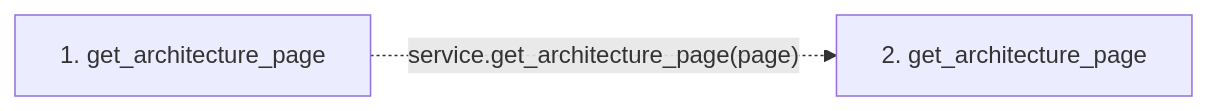
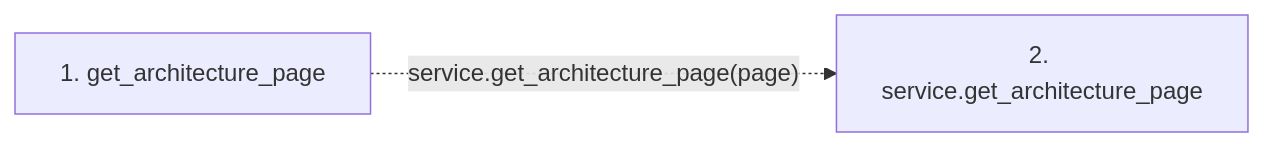
Before and after one commit to Denissvgn/python-wiki-llm: the second of 2 diagrams in docs/llm_wiki/flows/mcp-get_architecture_page.md, drawn with Mermaid. The commit also changed other lines of this file and 719 other files, not shown here.

````diff
--- a/docs/llm_wiki/flows/mcp-get_architecture_page.md
+++ b/docs/llm_wiki/flows/mcp-get_architecture_page.md
@@ -19,7 +20,7 @@
 ```mermaid
 flowchart LR
     s1["1. get_architecture_page"]
-    s2["2. get_architecture_page"]
+    s2["2. service.get_architecture_page"]
     s1 -. "service.get_architecture_page(page)" .-> s2
     click s1 "../modules/mcp_server.md"
 ```
````
